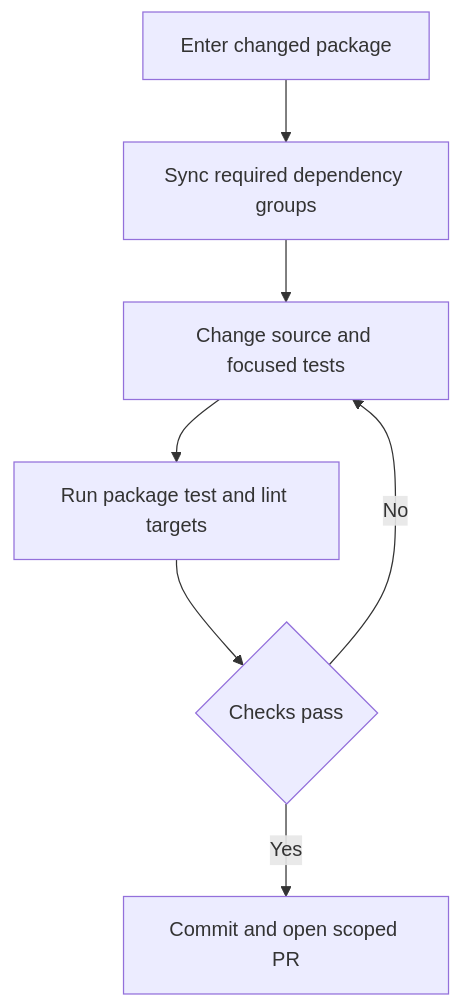
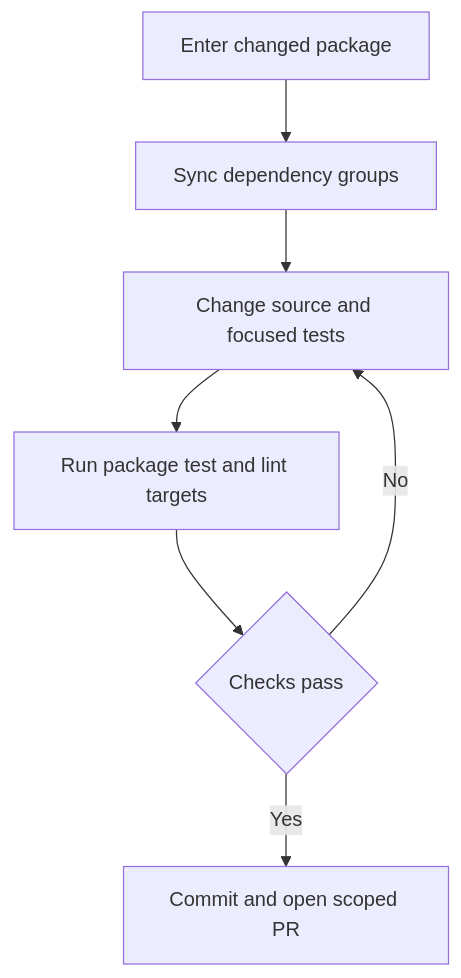
One commit to langchain-ai/deepagents changed the first of 3 diagrams in openwiki/operations/development.md. Above: the diagram before and after it, drawn with Mermaid. The commit also changed other lines of this file and 39 other files, not shown here.

````diff
--- a/openwiki/operations/development.md
+++ b/openwiki/operations/development.md
@@ -79,9 +85,9 @@
 ```mermaid
 flowchart TD
-    Enter["Enter changed package"] --> Sync["Sync required dependency groups"]
+    Enter["Enter changed package"] --> Sync["Sync dependency groups"]
     Sync --> Change["Change source and focused tests"]
     Change --> Validate["Run package test and lint targets"]
     Validate --> Result{"Checks pass"}
     Result -->|"No"| Change
     Result -->|"Yes"| Review["Commit and open scoped PR"]
 ```
````
